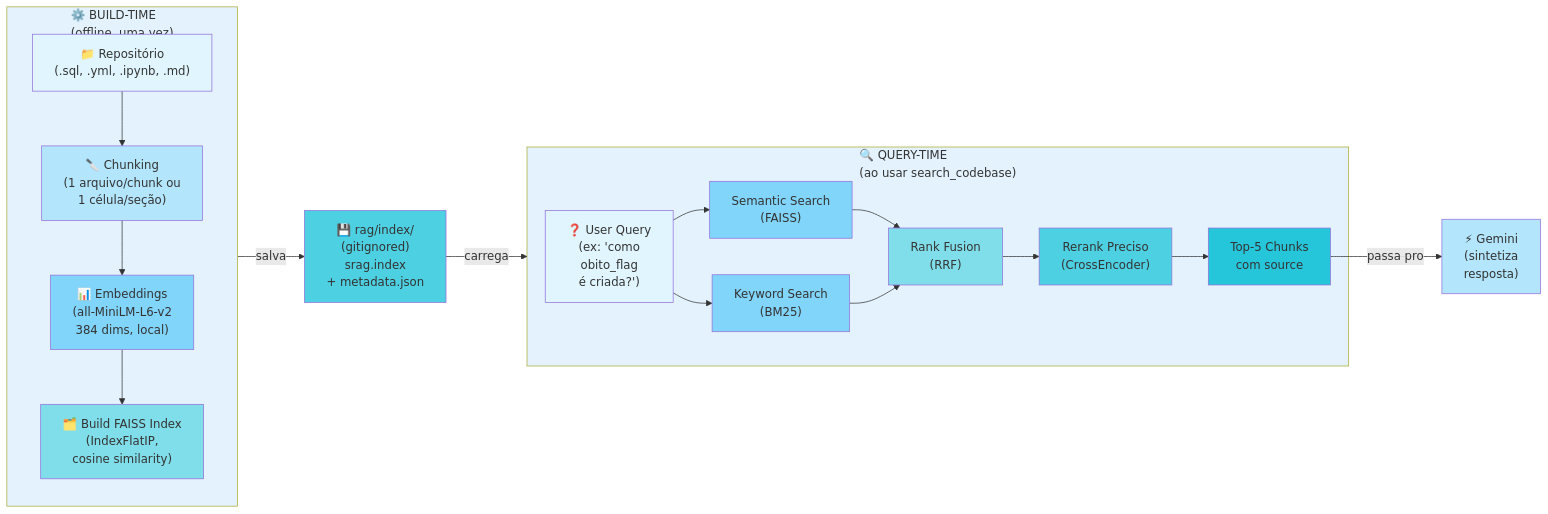
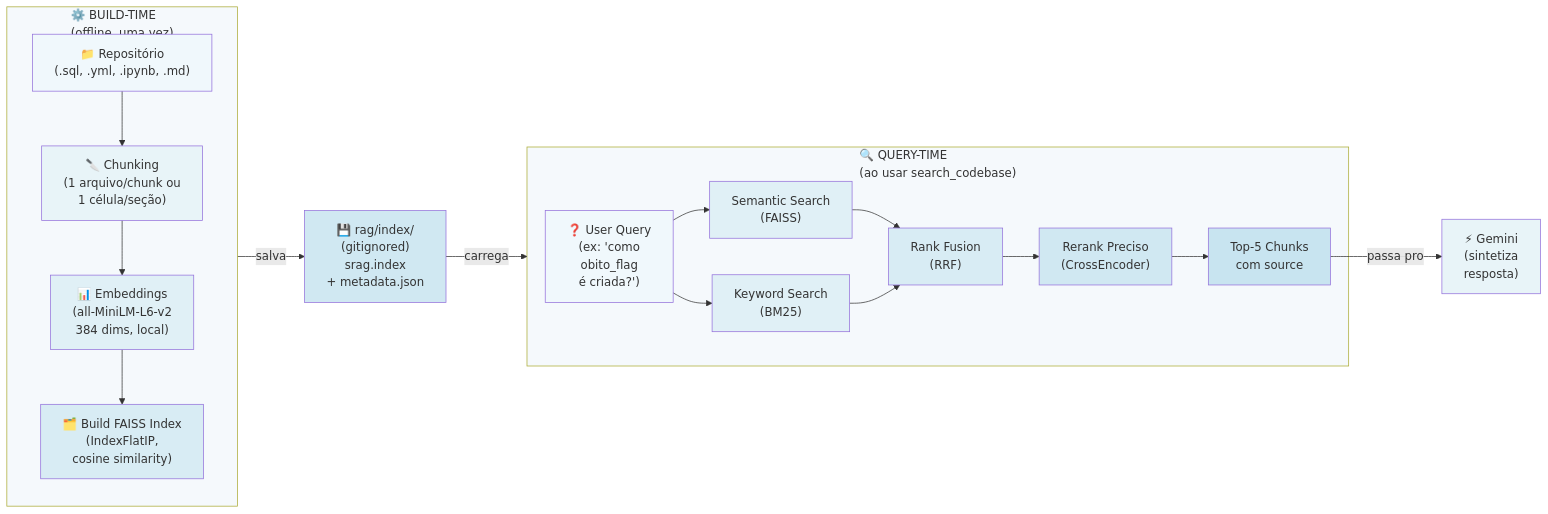
Before and after one commit to eduardo-ebdl/lupus: the second of 2 diagrams in README.md, drawn with Mermaid. The commit also changed other lines of this file, not shown here.

Commit message:
docs: Improve Mermaid diagrams - cleaner, less saturated colors
- Simplified 'Question Flow' diagram: removed nested complexity
- Simplified 'RAG Pipeline' diagram: separated BUILD-TIME and QUERY-TIME phases
- Applied light, desaturated blue palette for better readability
- Emojis and arrows show clear flow without overwhelming colors
- Both diagrams now easy to understand at a glance

Before: Large, complex, colorful and confusing
After: Clean, minimal, readable with subtle blue tones

````diff
--- a/README.md
+++ b/README.md
@@ -114,47 +114,47 @@
 ```mermaid
 flowchart LR
     subgraph Build["⚙️ BUILD-TIME<br/>(offline, uma vez)"]
         Repo["📁 Repositório<br/>(.sql, .yml, .ipynb, .md)"]
         Chunk["🔪 Chunking<br/>(1 arquivo/chunk ou<br/>1 célula/seção)"]
         Embed["📊 Embeddings<br/>(all-MiniLM-L6-v2<br/>384 dims, local)"]
         Index["🗂️ Build FAISS Index<br/>(IndexFlatIP,<br/>cosine similarity)"]
         
         Repo --> Chunk --> Embed --> Index
     end
     
     Build -->|salva| Store["💾 rag/index/<br/>(gitignored)<br/>srag.index<br/>+ metadata.json"]
     
     subgraph Query["🔍 QUERY-TIME<br/>(ao usar search_codebase)"]
         Input["❓ User Query<br/>(ex: 'como<br/>obito_flag<br/>é criada?')"]
         
         Semantic["Semantic Search<br/>(FAISS)"]
         Keyword["Keyword Search<br/>(BM25)"]
         Fusion["Rank Fusion<br/>(RRF)"]
         Rerank["Rerank Preciso<br/>(CrossEncoder)"]
         Result["Top-5 Chunks<br/>com source"]
         
         Input --> Semantic
         Input --> Keyword
         Semantic --> Fusion
         Keyword --> Fusion
         Fusion --> Rerank --> Result
     end
     
     Store -->|carrega| Query
     Result -->|passa pro| LLM["⚡ Gemini<br/>(sintetiza<br/>resposta)"]
     
-    style Build fill:#e3f2fd
-    style Repo fill:#e1f5fe
-    style Chunk fill:#b3e5fc
-    style Embed fill:#81d4fa
-    style Index fill:#80deea
-    style Store fill:#4dd0e1
-    style Query fill:#e3f2fd
-    style Input fill:#e1f5fe
-    style Semantic fill:#81d4fa
-    style Keyword fill:#81d4fa
-    style Fusion fill:#80deea
-    style Rerank fill:#4dd0e1
-    style Result fill:#26c6da
-    style LLM fill:#b3e5fc
+    style Build fill:#f5f9fc
+    style Repo fill:#f0f8fc
+    style Chunk fill:#e8f4f8
+    style Embed fill:#e0f0f6
+    style Index fill:#d8ecf4
+    style Store fill:#d0e8f2
+    style Query fill:#f5f9fc
+    style Input fill:#f0f8fc
+    style Semantic fill:#e0f0f6
+    style Keyword fill:#e0f0f6
+    style Fusion fill:#d8ecf4
+    style Rerank fill:#d0e8f2
+    style Result fill:#c8e4f0
+    style LLM fill:#e8f4f8
 ```
````
